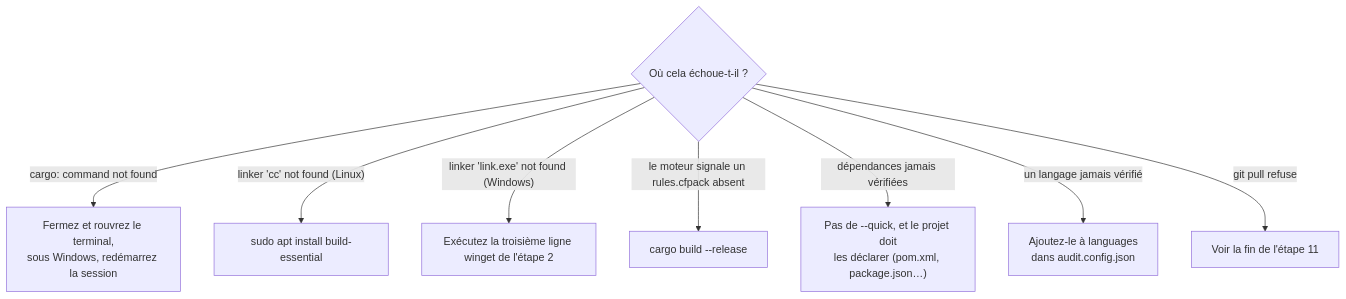
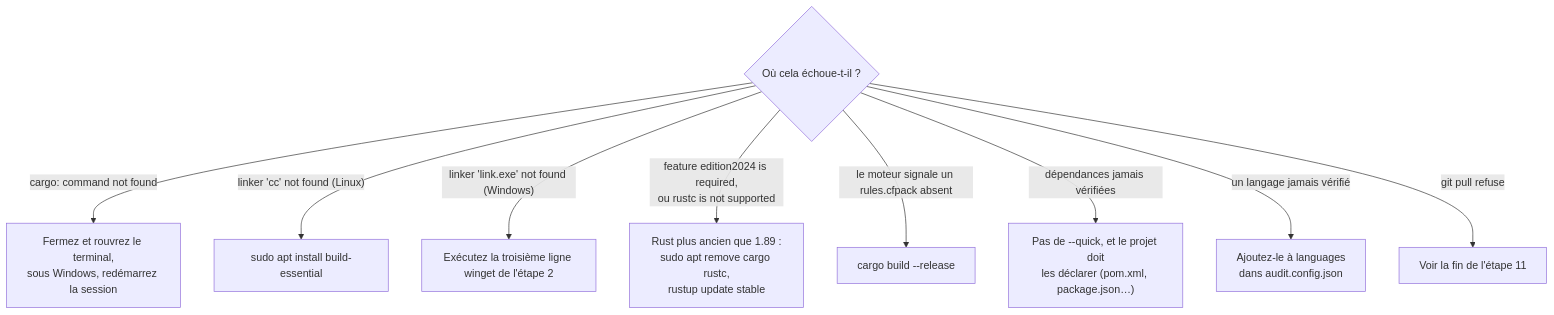
Before and after one commit to ka8t/codefixture-audit-public: the eighth of 8 diagrams in INSTALLATION.fr.md, drawn with Mermaid. The commit also changed other lines of this file and 2 other files, not shown here.

Commit message:
Installation : Rust 1.89 minimum, déclaré dans Cargo.toml (rust-version) et indiqué par les guides ; le Rust des paquets d'Ubuntu (1.75) échoue sur l'édition 2024 et doit être retiré avant rustup (#265)

````diff
--- a/INSTALLATION.fr.md
+++ b/INSTALLATION.fr.md
@@ -390,11 +392,12 @@
 ```mermaid
 flowchart TD
     P{"Où cela échoue-t-il ?"}
     P -- "cargo: command not found" --> A1["Fermez et rouvrez le terminal,<br/>sous Windows, redémarrez la session"]
     P -- "linker 'cc' not found (Linux)" --> A2["sudo apt install build-essential"]
     P -- "linker 'link.exe' not found (Windows)" --> A3["Exécutez la troisième ligne winget de l'étape 2"]
+    P -- "feature edition2024 is required,<br/>ou rustc is not supported" --> A8["Rust plus ancien que 1.89 :<br/>sudo apt remove cargo rustc,<br/>rustup update stable"]
     P -- "le moteur signale un rules.cfpack absent" --> A4["cargo build --release"]
     P -- "dépendances jamais vérifiées" --> A5["Pas de --quick, et le projet doit<br/>les déclarer (pom.xml, package.json…)"]
     P -- "un langage jamais vérifié" --> A6["Ajoutez-le à languages<br/>dans audit.config.json"]
     P -- "git pull refuse" --> A7["Voir la fin de l'étape 11"]
 ```
````
